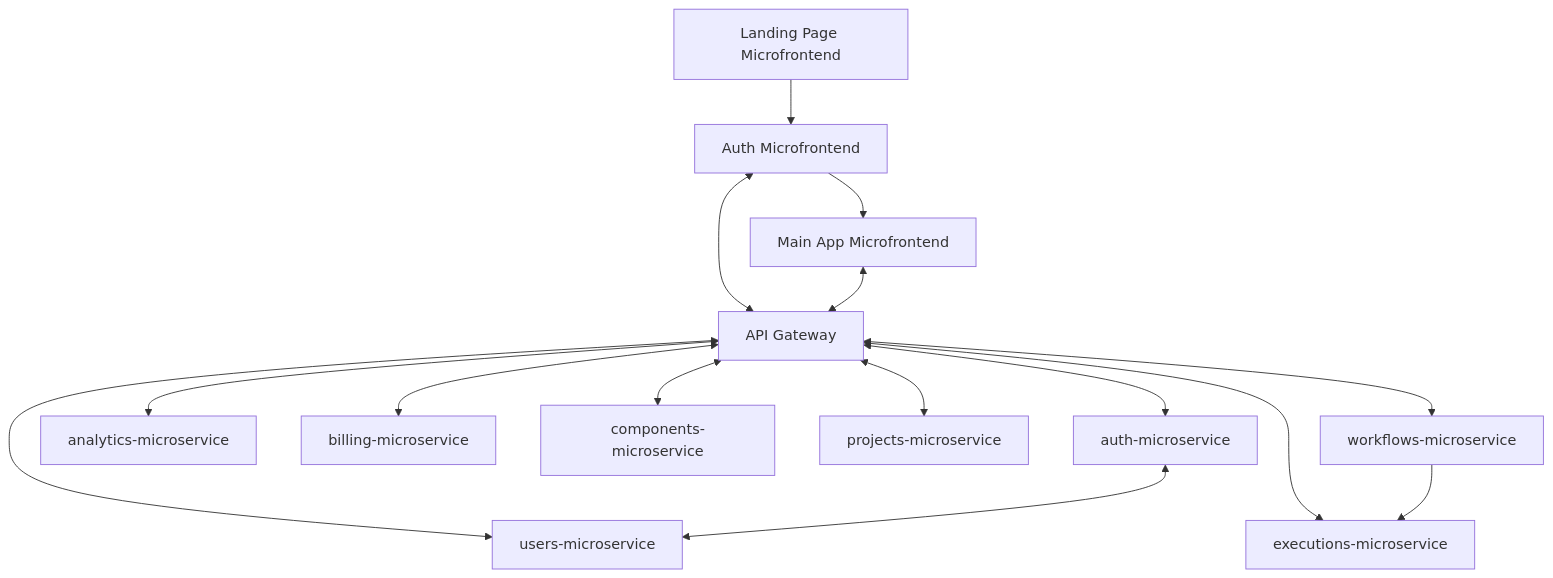
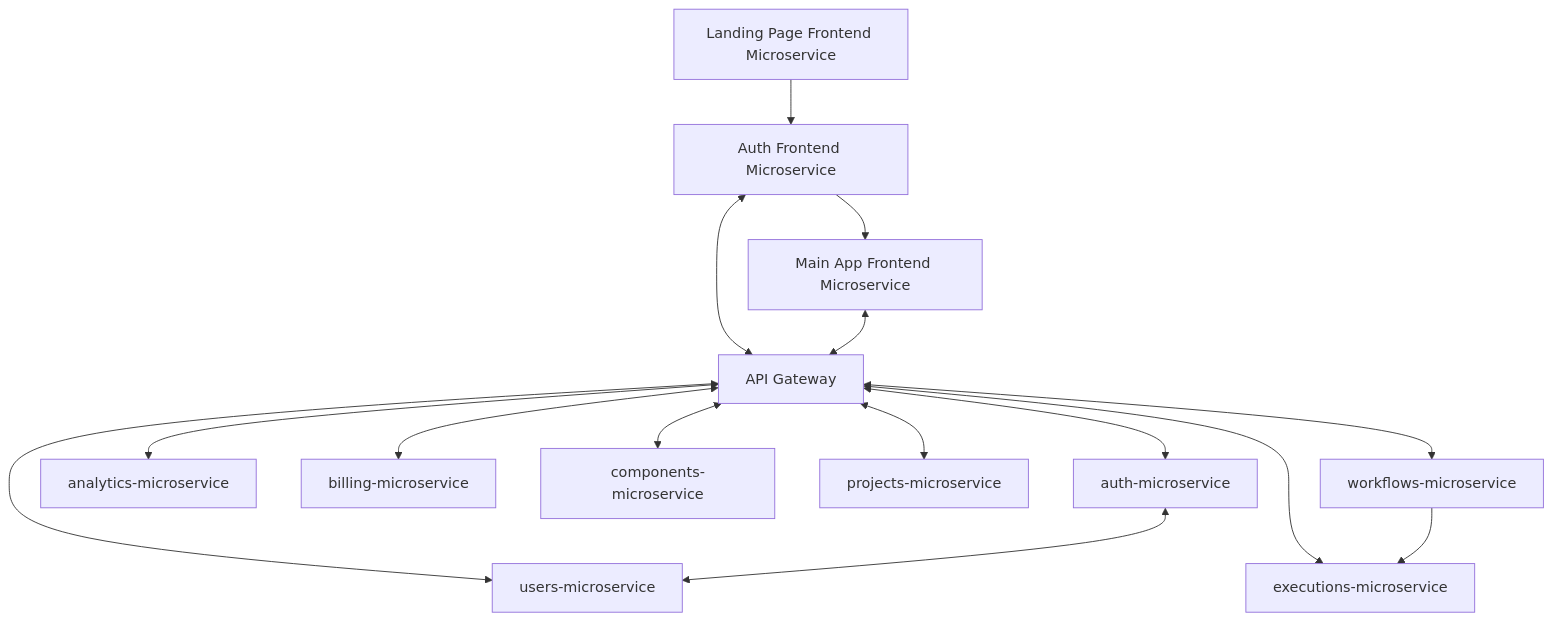
One commit to RiP3rQ/ui-butler-turborepo changed the diagram in README.md. Above: the diagram before and after it, drawn with Mermaid. The commit also changed other lines of this file, not shown here.

````diff
--- a/README.md
+++ b/README.md
@@ -21,17 +22,17 @@
 ```mermaid
 graph TD
-    MF1[Auth Microfrontend] <--> Gateway[API Gateway]
-    MF2[Main App Microfrontend] <--> Gateway[API Gateway]
+    MF1[Auth Frontend Microservice] <--> Gateway[API Gateway]
+    MF2[Main App Frontend Microservice] <--> Gateway[API Gateway]
     Gateway <--> auth-microservice
     Gateway <--> analytics-microservice
     Gateway <--> billing-microservice
     Gateway <--> components-microservice
     Gateway <--> executions-microservice
     Gateway <--> projects-microservice
     Gateway <--> users-microservice
     Gateway <--> workflows-microservice
     auth-microservice <--> users-microservice
     workflows-microservice --> executions-microservice
-    MF3[Landing Page Microfrontend] --> MF1[Auth Microfrontend]
-    MF1[Auth Microfrontend] --> MF2[Main App Microfrontend]
+    MF3[Landing Page Frontend Microservice] --> MF1[Auth Frontend Microservice]
+    MF1[Auth Frontend Microservice] --> MF2[Main App Frontend Microservice]
 ```
````
